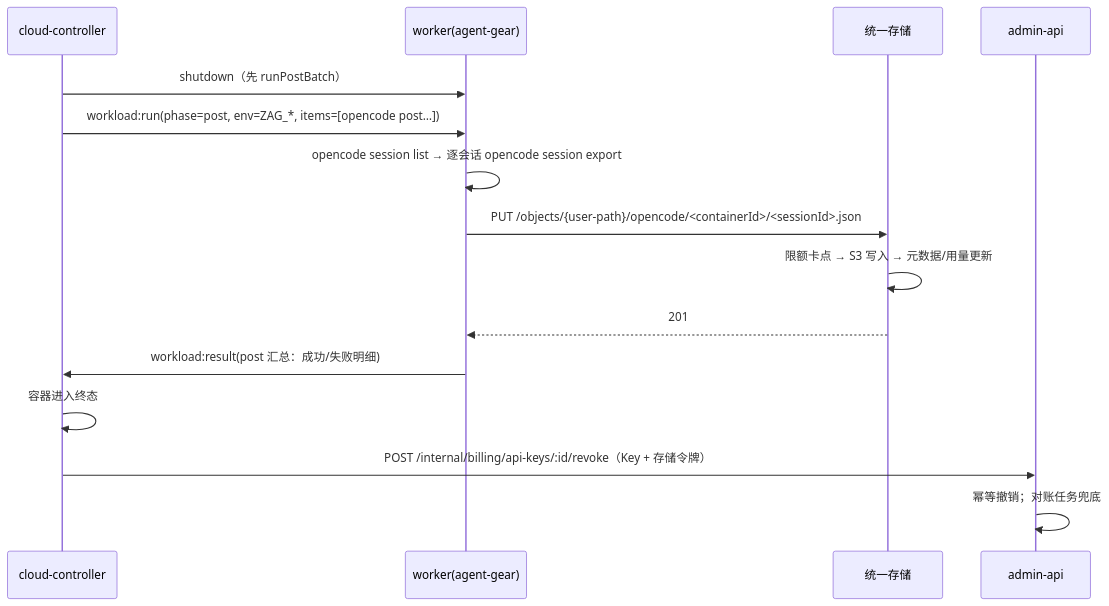
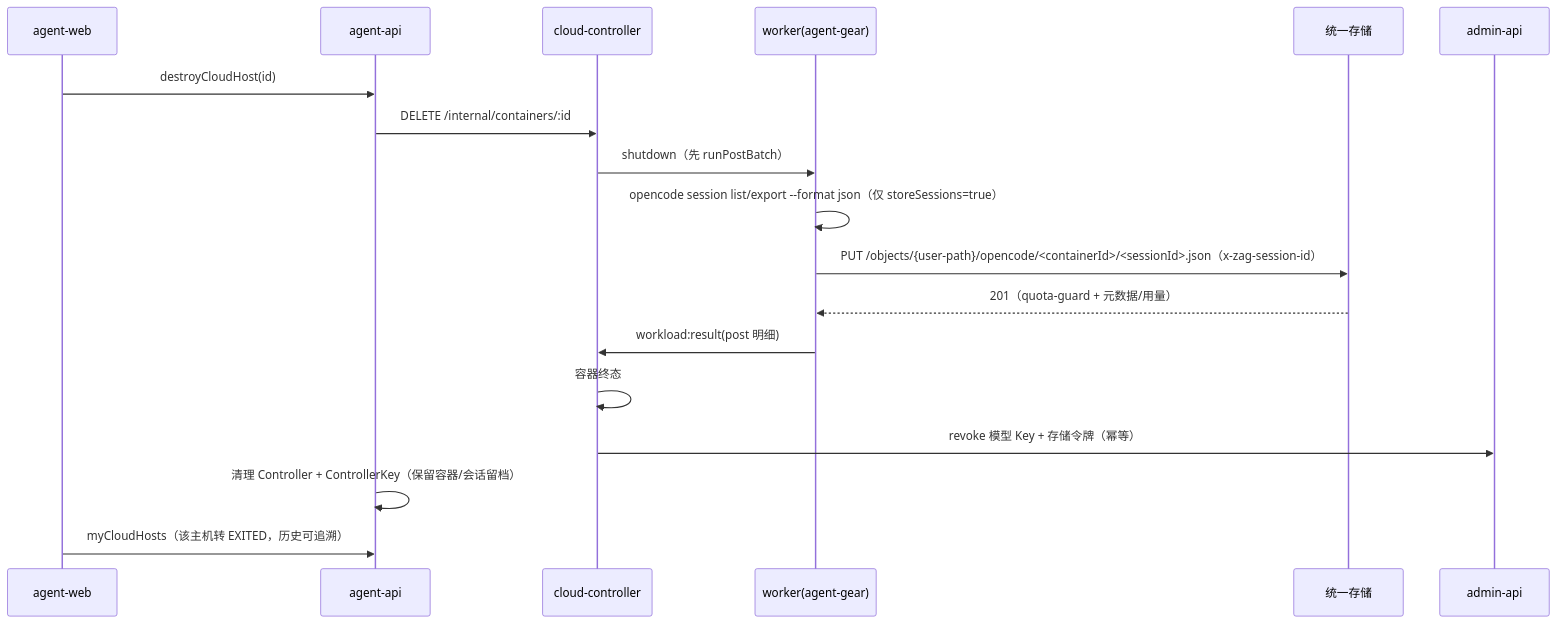
The fifth of 6 diagrams in docs/engineering/proposals/20261020-feat-container-harness-support.md (Deliay/z-agent-gear), drawn with Mermaid before and after one commit. The commit also changed other lines of this file and 3 other files, not shown here.

````diff
--- a/docs/engineering/proposals/20261020-feat-container-harness-support.md
+++ b/docs/engineering/proposals/20261020-feat-container-harness-support.md
@@ -486,18 +515,21 @@
 ```mermaid
 sequenceDiagram
+    participant AW as agent-web
+    participant AA as agent-api
     participant CC as cloud-controller
     participant W as worker(agent-gear)
     participant ST as 统一存储
-    participant AA as admin-api
+    participant AD as admin-api
 
+    AW->>AA: destroyCloudHost(id)
+    AA->>CC: DELETE /internal/containers/:id
     CC->>W: shutdown（先 runPostBatch）
-    CC->>W: workload:run(phase=post, env=ZAG_*, items=[opencode post…])
-    W->>W: opencode session list → 逐会话 opencode session export
-    W->>ST: PUT /objects/{user-path}/opencode/<containerId>/<sessionId>.json
-    ST->>ST: 限额卡点 → S3 写入 → 元数据/用量更新
-    ST-->>W: 201
-    W->>CC: workload:result(post 汇总：成功/失败明细)
-    CC->>CC: 容器进入终态
-    CC->>AA: POST /internal/billing/api-keys/:id/revoke（Key + 存储令牌）
-    AA->>AA: 幂等撤销；对账任务兜底
+    W->>W: opencode session list/export --format json（仅 storeSessions=true）
+    W->>ST: PUT /objects/{user-path}/opencode/<containerId>/<sessionId>.json（x-zag-session-id）
+    ST-->>W: 201（quota-guard + 元数据/用量）
+    W->>CC: workload:result(post 明细)
+    CC->>CC: 容器终态
+    CC->>AD: revoke 模型 Key + 存储令牌（幂等）
+    AA->>AA: 清理 Controller + ControllerKey（保留容器/会话留档）
+    AW->>AA: myCloudHosts（该主机转 EXITED，历史可追溯）
 ```
````
